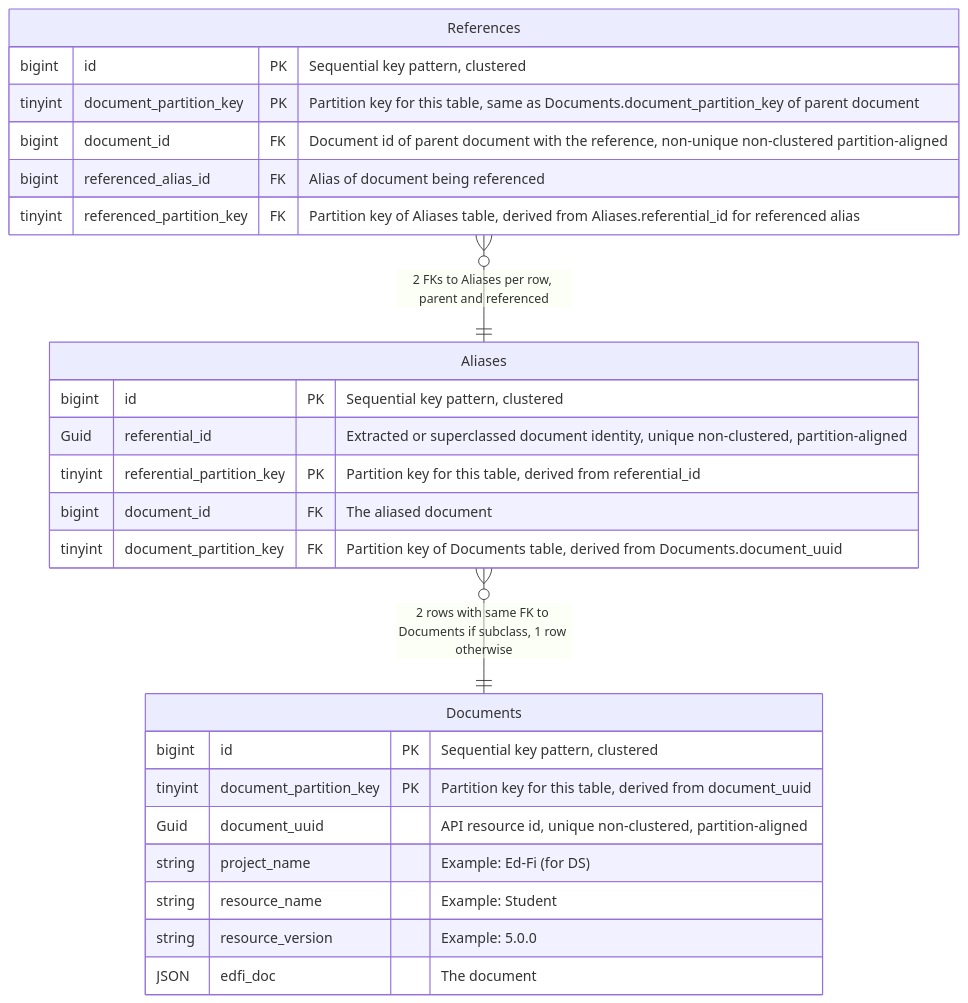
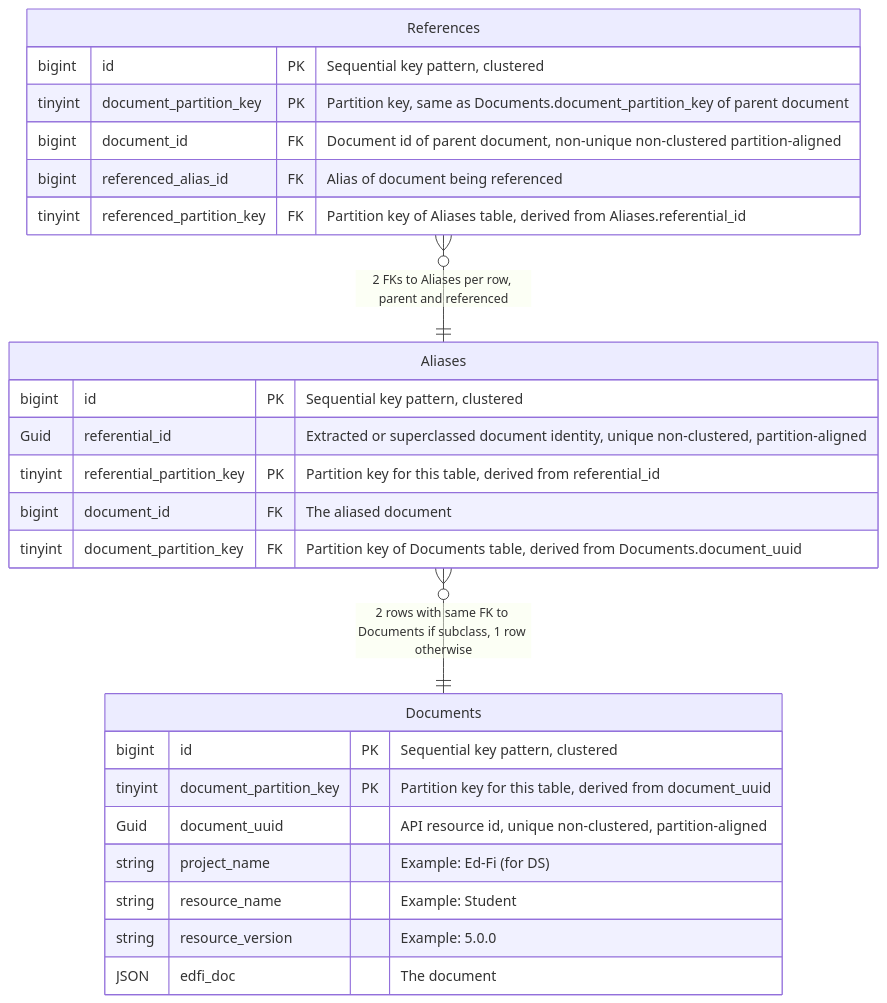
One commit to Ed-Fi-Alliance-OSS/Project-Tanager changed the first of 3 diagrams in docs/DMS/PRIMARY-DATA-STORAGE.md. Above: the diagram before and after it, drawn with Mermaid. The commit also changed other lines of this file, not shown here.

Commit message:
[DMS-18] fix long lines

````diff
--- a/docs/DMS/PRIMARY-DATA-STORAGE.md
+++ b/docs/DMS/PRIMARY-DATA-STORAGE.md
@@ -50,28 +50,28 @@
 ```mermaid
 erDiagram
     References }o--|| Aliases : "2 FKs to Aliases per row, parent and referenced"
     References {
         bigint id PK "Sequential key pattern, clustered"
-        tinyint document_partition_key PK "Partition key for this table, same as Documents.document_partition_key of parent document"
-        bigint document_id FK "Document id of parent document with the reference, non-unique non-clustered partition-aligned"
+        tinyint document_partition_key PK "Partition key, same as Documents.document_partition_key of parent document"
+        bigint document_id FK "Document id of parent document, non-unique non-clustered partition-aligned"
         bigint referenced_alias_id FK "Alias of document being referenced"
-        tinyint referenced_partition_key FK "Partition key of Aliases table, derived from Aliases.referential_id for referenced alias"
+        tinyint referenced_partition_key FK "Partition key of Aliases table, derived from Aliases.referential_id"
     }
     Aliases }o--|| Documents : "2 rows with same FK to Documents if subclass, 1 row otherwise"
     Aliases {
         bigint id PK "Sequential key pattern, clustered"
         Guid referential_id "Extracted or superclassed document identity, unique non-clustered, partition-aligned"
         tinyint referential_partition_key PK "Partition key for this table, derived from referential_id"
         bigint document_id FK "The aliased document"
         tinyint document_partition_key FK "Partition key of Documents table, derived from Documents.document_uuid"
     }
     Documents {
         bigint id PK "Sequential key pattern, clustered"
         tinyint document_partition_key PK "Partition key for this table, derived from document_uuid"
         Guid document_uuid "API resource id, unique non-clustered, partition-aligned"
         string project_name "Example: Ed-Fi (for DS)"
         string resource_name "Example: Student"
         string resource_version "Example: 5.0.0"
         JSON edfi_doc "The document"
     }
 ```
````
